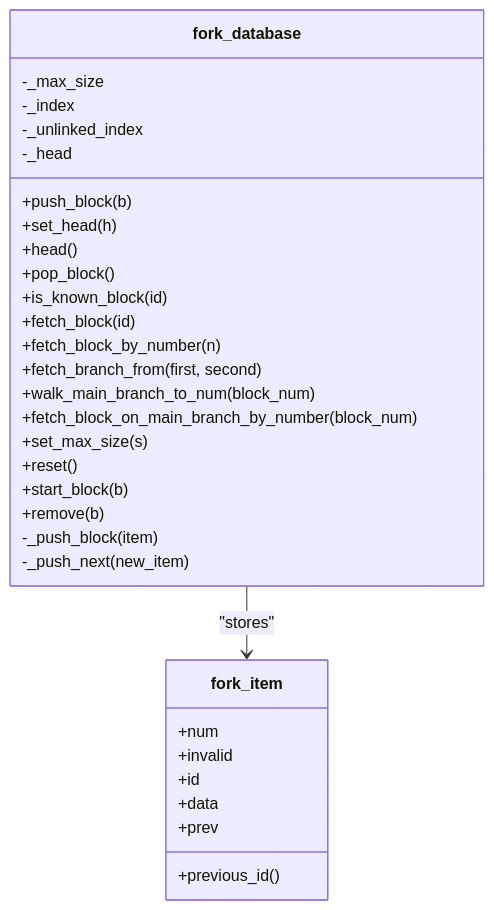
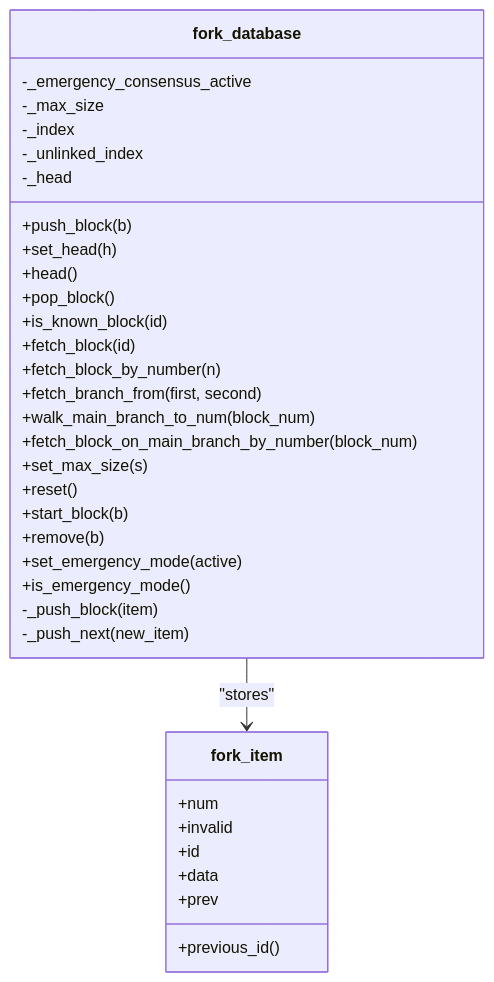
One commit to VIZ-Blockchain/viz-cpp-node changed the third of 12 diagrams in .qoder/repowiki/en/content/Architecture Overview/Core Libraries/Chain Library/Fork Resolution and Consensus.md. Above: the diagram before and after it, drawn with Mermaid. The commit also changed other lines of this file and 4 other files, not shown here.

First line of the commit message:
feat(hardfork): add HF12 emergency consensus recovery mechanisms

````diff
--- a/.qoder/repowiki/en/content/Architecture Overview/Core Libraries/Chain Library/Fork Resolution and Consensus.md
+++ b/.qoder/repowiki/en/content/Architecture Overview/Core Libraries/Chain Library/Fork Resolution and Consensus.md
@@ -155,34 +181,37 @@
 ```mermaid
 classDiagram
 class fork_database {
 +push_block(b)
 +set_head(h)
 +head()
 +pop_block()
 +is_known_block(id)
 +fetch_block(id)
 +fetch_block_by_number(n)
 +fetch_branch_from(first, second)
 +walk_main_branch_to_num(block_num)
 +fetch_block_on_main_branch_by_number(block_num)
 +set_max_size(s)
 +reset()
 +start_block(b)
 +remove(b)
++set_emergency_mode(active)
++is_emergency_mode()
 -_push_block(item)
 -_push_next(new_item)
+-_emergency_consensus_active
 -_max_size
 -_index
 -_unlinked_index
 -_head
 }
 class fork_item {
 +num
 +invalid
 +id
 +data
 +prev
 +previous_id()
 }
 fork_database --> fork_item : "stores"
 ```
````
